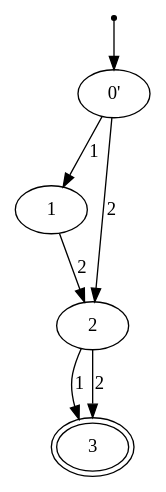
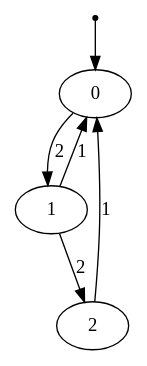
The diagram in automate-project/tmp.dot (kladier/projetTL), drawn with Graphviz before and after one commit. The commit also changed 26 other files, not shown here.

```diff
--- a/automate-project/tmp.dot
+++ b/automate-project/tmp.dot
@@ -1,13 +1,11 @@
 digraph a { 
-"F0'"[shape=point] ;
-"F0'"->"0'" ;
-"0'"->"1" [label="1"] ;
-"0'"->"2" [label="2"] ;
-"1" ;
-"1"->"2" [label="2"] ;
-"2" ;
-"2"->"3" [label="1"] ;
-"2"->"3" [label="2"] ;
-"3"[peripheries=2] ;
+F0[shape=point] ;
+F0->0 ;
+0->1 [label="2"] ;
+1 ;
+1->0 [label="1"] ;
+1->2 [label="2"] ;
+2 ;
+2->0 [label="1"] ;
 
  }
```
